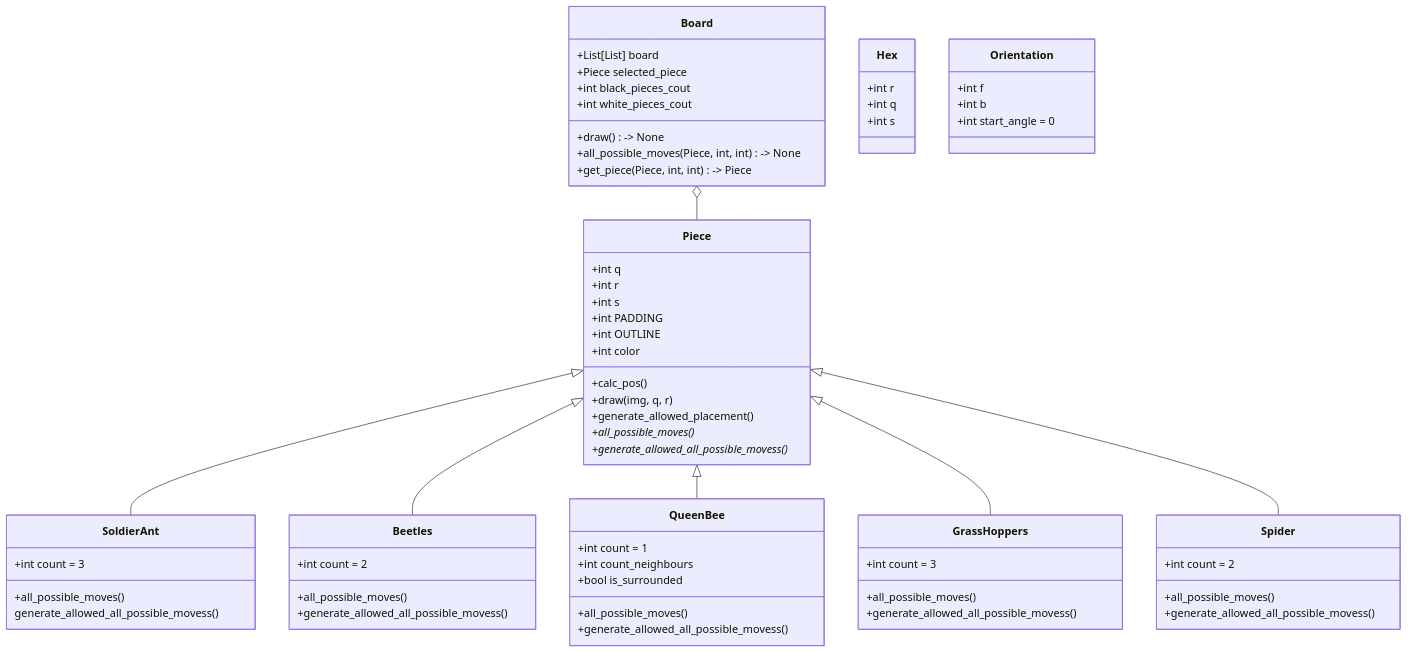
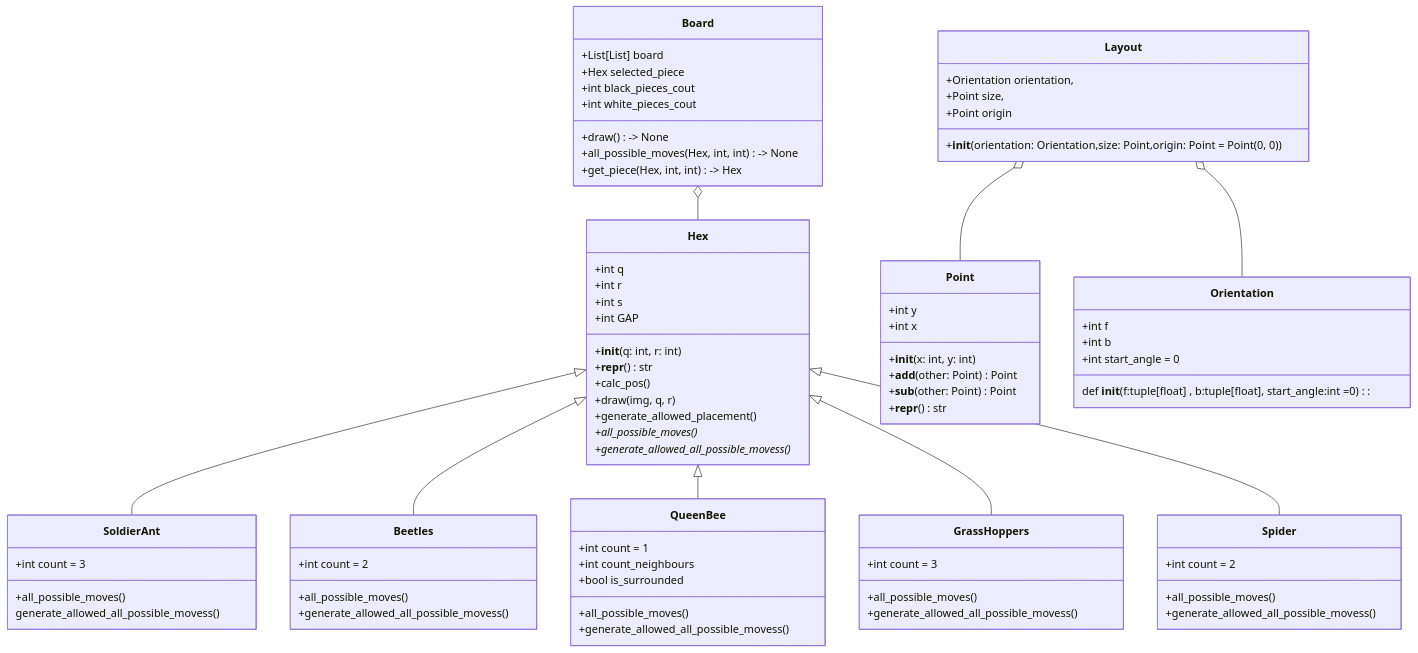
The diagram in Classes.md (youssefashmawy/HIVE-AI-Player), drawn with Mermaid before and after one commit. The commit also changed 11 other files, not shown here.

````diff
--- a/Classes.md
+++ b/Classes.md
@@ -3,33 +3,51 @@
 ```mermaid
 classDiagram
     Board: +List[List] board
-    Board: +Piece selected_piece
+    Board: +Hex selected_piece
     Board: +int black_pieces_cout
     Board: +int white_pieces_cout
     Board: +draw()-> None
-    Board: +all_possible_moves(Piece, int, int)-> None
-    Board: +get_piece(Piece, int, int)-> Piece
-
-    Hex:+int r
-    Hex:+int q
-    Hex:+int s
+    Board: +all_possible_moves(Hex, int, int)-> None
+    Board: +get_piece(Hex, int, int)-> Hex
 
 
-    Orientation:+int f
-    Orientation:+int b
-    Orientation:+int start_angle = 0
+    class Orientation{
+    +int f
+    +int b
+    +int start_angle = 0
+    def __init__(f:tuple[float] , b:tuple[float], start_angle:int =0):
+    }
+    
 
-    Piece: +int q
-    Piece: +int r
-    Piece: +int s
-    Piece: +int PADDING
-    Piece: +int OUTLINE
-    Piece: +int color
-    Piece: +calc_pos()
-    Piece: +draw(img, q, r)
-    Piece: +generate_allowed_placement()
-    Piece: +all_possible_moves()*
-    Piece: +generate_allowed_all_possible_movess()*
+    class Hex{
+        +int q
+        +int r
+        +int s
+        +int GAP
+        +__init__(q: int, r: int)
+        +__repr__() str
+        +calc_pos()
+        +draw(img, q, r)
+        +generate_allowed_placement()
+        +all_possible_moves()*
+        +generate_allowed_all_possible_movess()*
+    }
+
+    class Point {
+        +int y
+        +int x
+        +__init__(x: int, y: int)
+        +__add__(other: Point) Point
+        +__sub__(other: Point) Point
+        +__repr__() str
+    }
+    class Layout{
+        +Orientation orientation,
+        +Point size,
+        +Point origin
+        +__init__(orientation: Orientation,size: Point,origin: Point = Point(0, 0))
+    }
+
 
     class SoldierAnt{
         +int count = 3
@@ -53,17 +71,20 @@
         +all_possible_moves()
         +generate_allowed_all_possible_movess()
     }
-        class Spider{
+    class Spider{
         +int count = 2
         +all_possible_moves()
         +generate_allowed_all_possible_movess()
     }
 
-    Board o-- Piece
-    Piece <|-- SoldierAnt
-    Piece <|-- Beetles
-    Piece <|-- QueenBee
-    Piece <|-- GrassHoppers
-    Piece <|-- Spider
+
+    Layout o-- Point
+    Layout o-- Orientation
+    Board o-- Hex
+    Hex <|-- SoldierAnt
+    Hex <|-- Beetles
+    Hex <|-- QueenBee
+    Hex <|-- GrassHoppers
+    Hex <|-- Spider
 
 ```
````
